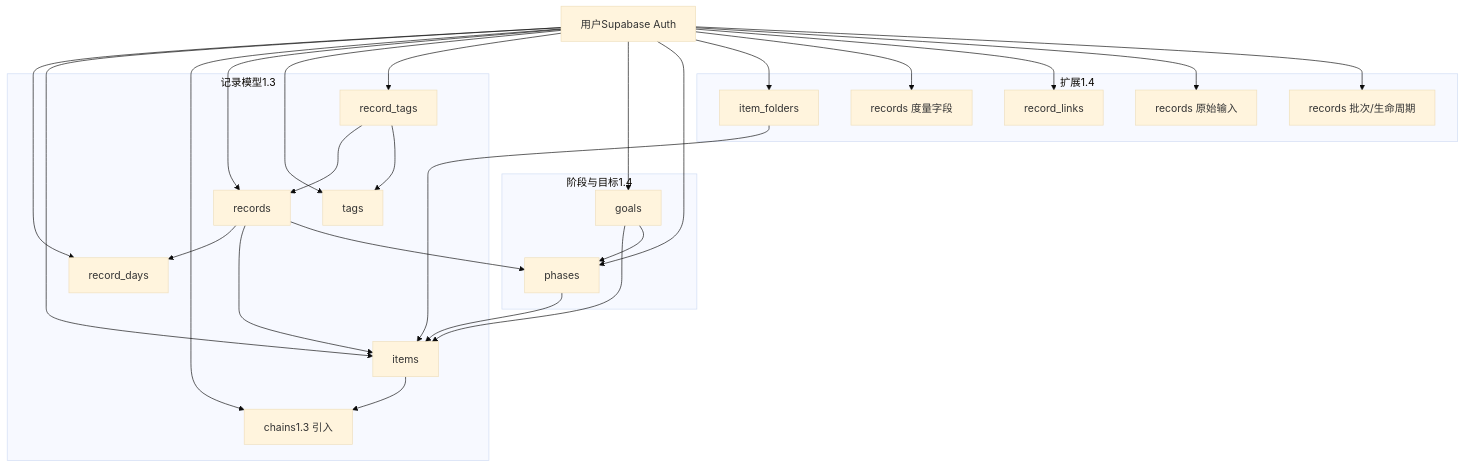
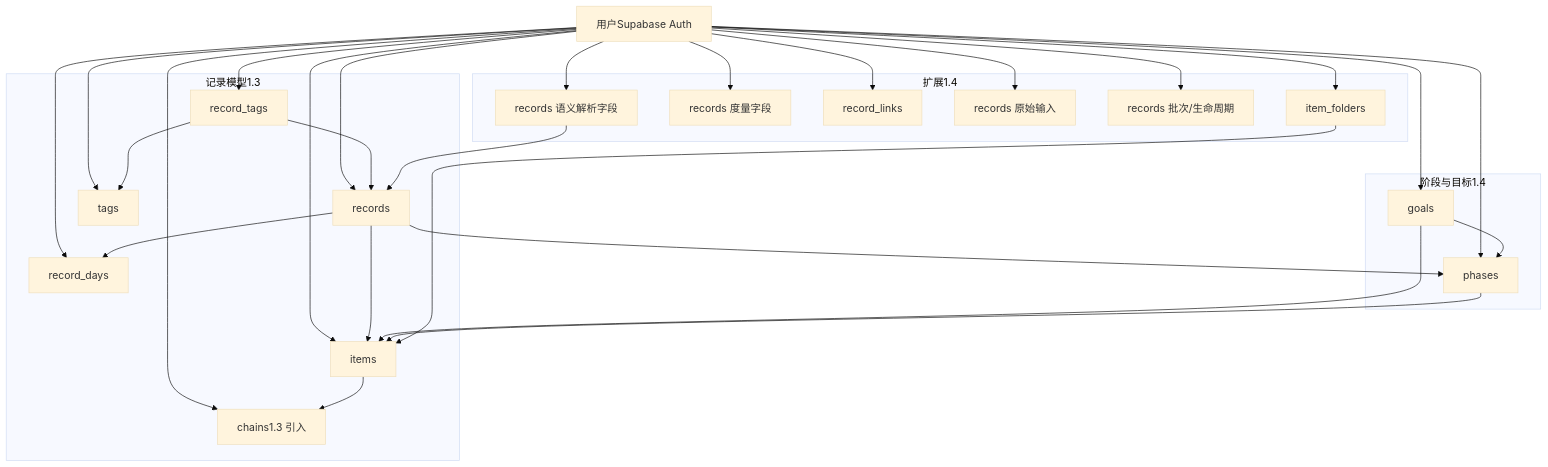
The second of 7 diagrams in .qoder/repowiki/zh/content/数据库设计/数据库设计.md (bbong1234/TETO), drawn with Mermaid (base theme) before and after one commit. The commit also changed other lines of this file and 134 other files, not shown here.

````diff
--- a/.qoder/repowiki/zh/content/数据库设计/数据库设计.md
+++ b/.qoder/repowiki/zh/content/数据库设计/数据库设计.md
@@ -122,46 +134,49 @@
 ```mermaid
 graph TB
 U["用户Supabase Auth"]
 subgraph "记录模型1.3"
 RD["record_days"]
 IT["items"]
 CH["chains1.3 引入"]
 RC["records"]
 TG["tags"]
 RT["record_tags"]
 end
 subgraph "阶段与目标1.4"
 GO["goals"]
 PH["phases"]
 end
 subgraph "扩展1.4"
 IF["item_folders"]
 RM["records 度量字段"]
 RL["record_links"]
 RO["records 原始输入"]
 LB["records 批次/生命周期"]
+PS["records 语义解析字段"]
 end
 U --> RD
 U --> IT
 U --> CH
 U --> RC
 U --> TG
 U --> RT
 U --> GO
 U --> PH
 U --> IF
 U --> RM
 U --> RL
 U --> RO
 U --> LB
+U --> PS
 IT --> CH
 RC --> RD
 RC --> IT
 RC --> PH
 RT --> RC
 RT --> TG
 GO --> IT
 GO --> PH
 PH --> IT
 IF --> IT
+PS --> RC
 ```
````
